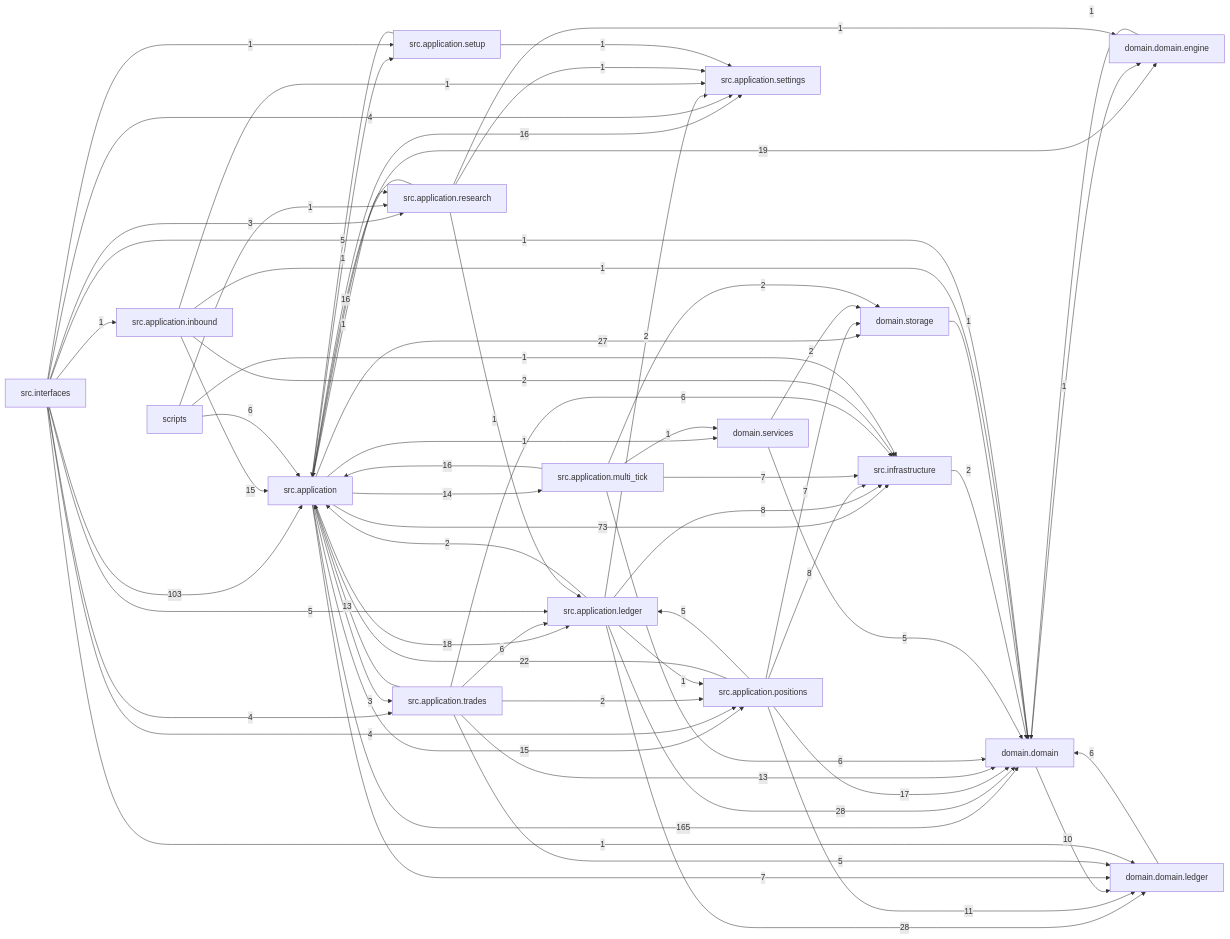
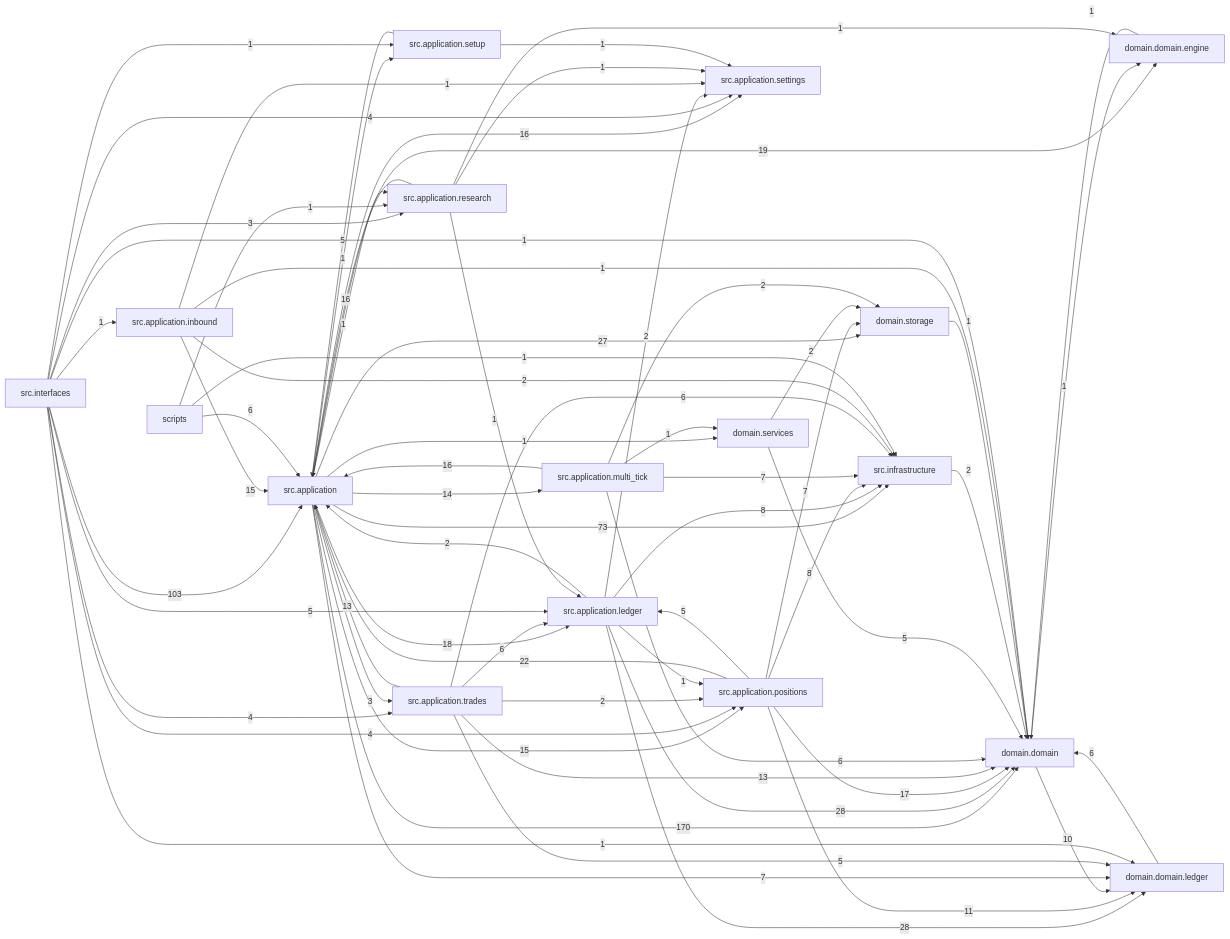
The diagram in docs/dependency_graph.mmd (liuxie066/options-monitor), drawn with Mermaid before and after one commit. The commit also changed 11 other files, not shown here.

```diff
--- a/docs/dependency_graph.mmd
+++ b/docs/dependency_graph.mmd
@@ -1,68 +1,68 @@
 flowchart LR
-  src_application["src.application"] -->|165| domain_domain["domain.domain"]
+  src_application["src.application"] -->|170| domain_domain["domain.domain"]
   src_interfaces["src.interfaces"] -->|103| src_application["src.application"]
   src_application["src.application"] -->|73| src_infrastructure["src.infrastructure"]
   src_application_ledger["src.application.ledger"] -->|28| domain_domain["domain.domain"]
   src_application_ledger["src.application.ledger"] -->|28| domain_domain_ledger["domain.domain.ledger"]
   src_application["src.application"] -->|27| domain_storage["domain.storage"]
   src_application_positions["src.application.positions"] -->|22| src_application["src.application"]
   src_application["src.application"] -->|19| domain_domain_engine["domain.domain.engine"]
   src_application["src.application"] -->|18| src_application_ledger["src.application.ledger"]
   src_application_positions["src.application.positions"] -->|17| domain_domain["domain.domain"]
   src_application["src.application"] -->|16| src_application_settings["src.application.settings"]
   src_application_multi_tick["src.application.multi_tick"] -->|16| src_application["src.application"]
   src_application_research["src.application.research"] -->|16| src_application["src.application"]
   src_application["src.application"] -->|15| src_application_positions["src.application.positions"]
   src_application_inbound["src.application.inbound"] -->|15| src_application["src.application"]
   src_application["src.application"] -->|14| src_application_multi_tick["src.application.multi_tick"]
   src_application_trades["src.application.trades"] -->|13| domain_domain["domain.domain"]
   src_application_trades["src.application.trades"] -->|13| src_application["src.application"]
   src_application_positions["src.application.positions"] -->|11| domain_domain_ledger["domain.domain.ledger"]
   domain_domain["domain.domain"] -->|10| domain_domain_ledger["domain.domain.ledger"]
   src_application_ledger["src.application.ledger"] -->|8| src_infrastructure["src.infrastructure"]
   src_application_positions["src.application.positions"] -->|8| src_infrastructure["src.infrastructure"]
   src_application["src.application"] -->|7| domain_domain_ledger["domain.domain.ledger"]
   src_application_multi_tick["src.application.multi_tick"] -->|7| src_infrastructure["src.infrastructure"]
   src_application_positions["src.application.positions"] -->|7| domain_storage["domain.storage"]
   domain_domain_ledger["domain.domain.ledger"] -->|6| domain_domain["domain.domain"]
   scripts["scripts"] -->|6| src_application["src.application"]
   src_application_multi_tick["src.application.multi_tick"] -->|6| domain_domain["domain.domain"]
   src_application_trades["src.application.trades"] -->|6| src_application_ledger["src.application.ledger"]
   src_application_trades["src.application.trades"] -->|6| src_infrastructure["src.infrastructure"]
   domain_services["domain.services"] -->|5| domain_domain["domain.domain"]
   src_application_positions["src.application.positions"] -->|5| src_application_ledger["src.application.ledger"]
   src_application_setup["src.application.setup"] -->|5| src_application["src.application"]
   src_application_trades["src.application.trades"] -->|5| domain_domain_ledger["domain.domain.ledger"]
   src_interfaces["src.interfaces"] -->|5| src_application_ledger["src.application.ledger"]
   src_interfaces["src.interfaces"] -->|4| src_application_positions["src.application.positions"]
   src_interfaces["src.interfaces"] -->|4| src_application_settings["src.application.settings"]
   src_interfaces["src.interfaces"] -->|4| src_application_trades["src.application.trades"]
   src_application["src.application"] -->|3| src_application_trades["src.application.trades"]
   src_interfaces["src.interfaces"] -->|3| src_application_research["src.application.research"]
   domain_services["domain.services"] -->|2| domain_storage["domain.storage"]
   src_application_inbound["src.application.inbound"] -->|2| src_infrastructure["src.infrastructure"]
   src_application_ledger["src.application.ledger"] -->|2| src_application["src.application"]
   src_application_ledger["src.application.ledger"] -->|2| src_application_settings["src.application.settings"]
   src_application_multi_tick["src.application.multi_tick"] -->|2| domain_storage["domain.storage"]
   src_application_trades["src.application.trades"] -->|2| src_application_positions["src.application.positions"]
   src_infrastructure["src.infrastructure"] -->|2| domain_domain["domain.domain"]
   domain_domain["domain.domain"] -->|1| domain_domain_engine["domain.domain.engine"]
   domain_domain_engine["domain.domain.engine"] -->|1| domain_domain["domain.domain"]
   domain_storage["domain.storage"] -->|1| domain_domain["domain.domain"]
   scripts["scripts"] -->|1| src_application_research["src.application.research"]
   scripts["scripts"] -->|1| src_infrastructure["src.infrastructure"]
   src_application["src.application"] -->|1| domain_services["domain.services"]
   src_application["src.application"] -->|1| src_application_research["src.application.research"]
   src_application["src.application"] -->|1| src_application_setup["src.application.setup"]
   src_application_inbound["src.application.inbound"] -->|1| domain_domain["domain.domain"]
   src_application_inbound["src.application.inbound"] -->|1| src_application_settings["src.application.settings"]
   src_application_ledger["src.application.ledger"] -->|1| src_application_positions["src.application.positions"]
   src_application_multi_tick["src.application.multi_tick"] -->|1| domain_services["domain.services"]
   src_application_research["src.application.research"] -->|1| domain_domain_engine["domain.domain.engine"]
   src_application_research["src.application.research"] -->|1| src_application_ledger["src.application.ledger"]
   src_application_research["src.application.research"] -->|1| src_application_settings["src.application.settings"]
   src_application_setup["src.application.setup"] -->|1| src_application_settings["src.application.settings"]
   src_interfaces["src.interfaces"] -->|1| domain_domain["domain.domain"]
   src_interfaces["src.interfaces"] -->|1| domain_domain_ledger["domain.domain.ledger"]
   src_interfaces["src.interfaces"] -->|1| src_application_inbound["src.application.inbound"]
   src_interfaces["src.interfaces"] -->|1| src_application_setup["src.application.setup"]
```
